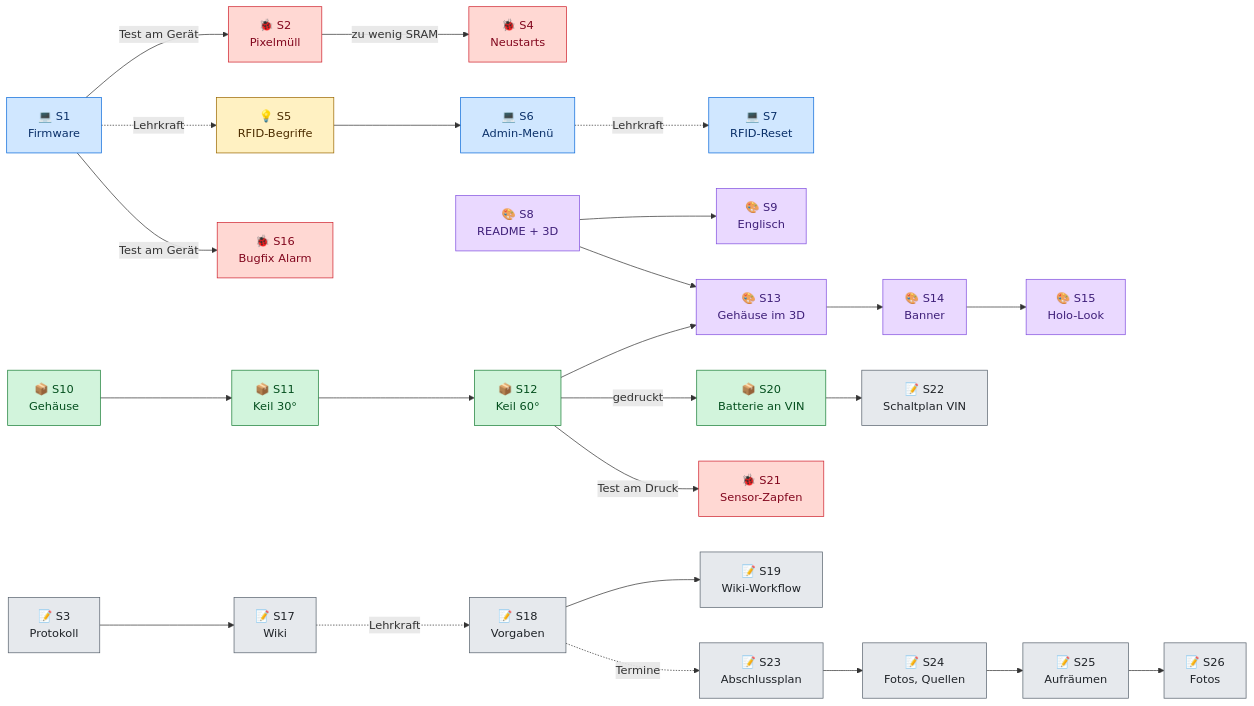
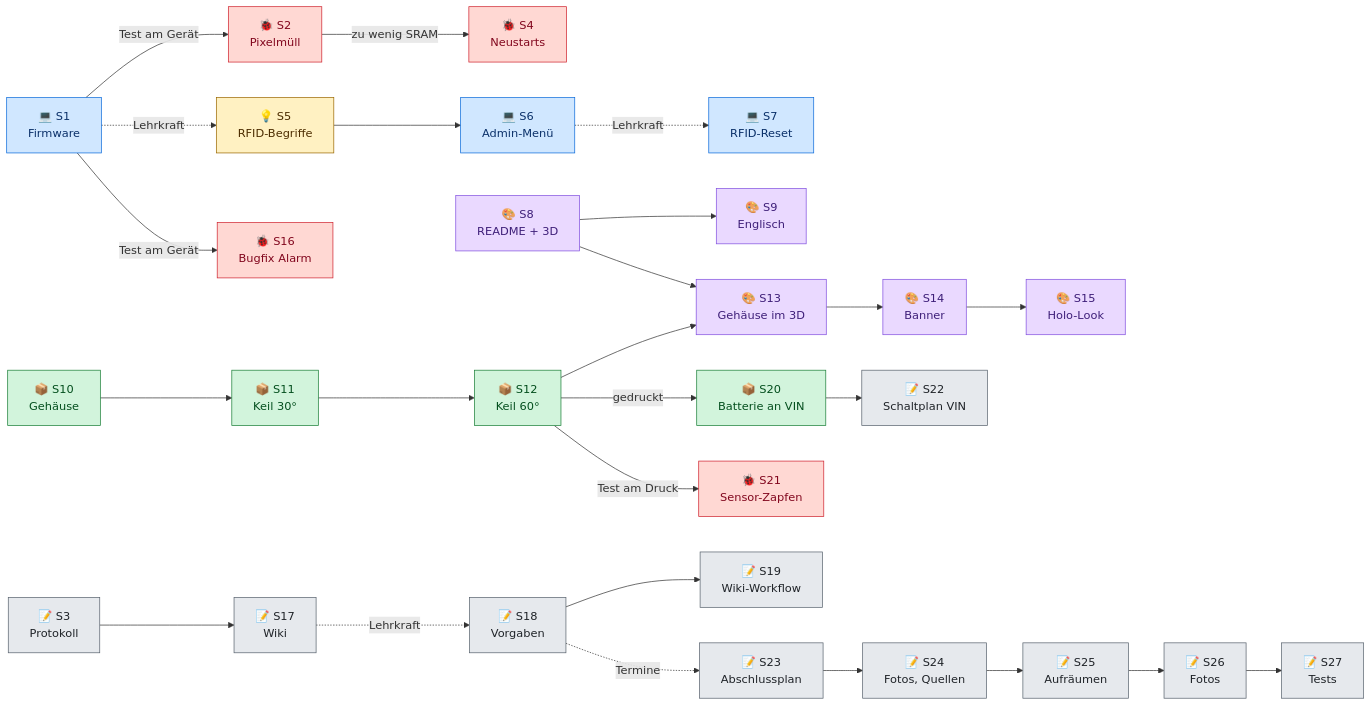
The second of 3 diagrams in wiki/Entwicklungsverlauf.md (BBZ-AIFS51/LF7-Projekt_GAS), drawn with Mermaid before and after one commit. The commit also changed other lines of this file and 13 other files, not shown here.

````diff
--- a/wiki/Entwicklungsverlauf.md
+++ b/wiki/Entwicklungsverlauf.md
@@ -65,59 +66,60 @@
 ```mermaid
 flowchart LR
     P1["💻 S1<br/>Firmware"]
     P2["🐞 S2<br/>Pixelmüll"]
     P3["📝 S3<br/>Protokoll"]
     P4["🐞 S4<br/>Neustarts"]
     P5["💡 S5<br/>RFID-Begriffe"]
     P6["💻 S6<br/>Admin-Menü"]
     P7["💻 S7<br/>RFID-Reset"]
     P8["🎨 S8<br/>README + 3D"]
     P9["🎨 S9<br/>Englisch"]
     P10["📦 S10<br/>Gehäuse"]
     P11["📦 S11<br/>Keil 30°"]
     P12["📦 S12<br/>Keil 60°"]
     P13["🎨 S13<br/>Gehäuse im 3D"]
     P14["🎨 S14<br/>Banner"]
     P15["🎨 S15<br/>Holo-Look"]
     P16["🐞 S16<br/>Bugfix Alarm"]
     P17["📝 S17<br/>Wiki"]
     P18["📝 S18<br/>Vorgaben"]
     P19["📝 S19<br/>Wiki-Workflow"]
     P20["📦 S20<br/>Batterie an VIN"]
     P21["🐞 S21<br/>Sensor-Zapfen"]
     P22["📝 S22<br/>Schaltplan VIN"]
     P23["📝 S23<br/>Abschlussplan"]
     P24["📝 S24<br/>Fotos, Quellen"]
     P25["📝 S25<br/>Aufräumen"]
     P26["📝 S26<br/>Fotos"]
+    P27["📝 S27<br/>Tests"]
 
     P1 -- "Test am Gerät" --> P2 -- "zu wenig SRAM" --> P4
     P1 -. "Lehrkraft" .-> P5 --> P6
     P6 -. "Lehrkraft" .-> P7
     P1 -- "Test am Gerät" --> P16
     P8 --> P9
     P8 --> P13
     P10 --> P11 --> P12 --> P13
     P12 -- "gedruckt" --> P20
     P12 -- "Test am Druck" --> P21
     P20 --> P22
     P13 --> P14 --> P15
     P3 --> P17
     P17 -. "Lehrkraft" .-> P18
     P18 --> P19
     P18 -. "Termine" .-> P23
-    P23 --> P24 --> P25 --> P26
+    P23 --> P24 --> P25 --> P26 --> P27
 
     classDef fw fill:#d0e7ff,stroke:#0969da,color:#0a3069
     classDef bug fill:#ffd8d3,stroke:#cf222e,color:#82071e
     classDef info fill:#fff1c2,stroke:#9a6700,color:#4d2d00
     classDef vis fill:#ead9ff,stroke:#8250df,color:#3e1f79
     classDef box fill:#d2f4dc,stroke:#1a7f37,color:#044f1e
     classDef doc fill:#e6e9ed,stroke:#59636e,color:#1f2328
     class P1,P6,P7 fw
     class P2,P4,P16,P21 bug
     class P5 info
     class P8,P9,P13,P14,P15 vis
     class P10,P11,P12,P20 box
-    class P3,P17,P18,P19,P22,P23,P24,P25,P26 doc
+    class P3,P17,P18,P19,P22,P23,P24,P25,P26,P27 doc
 ```
````
